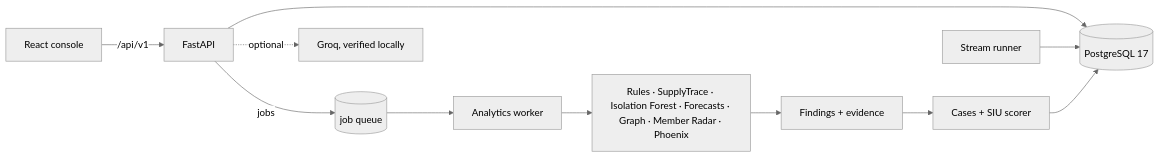
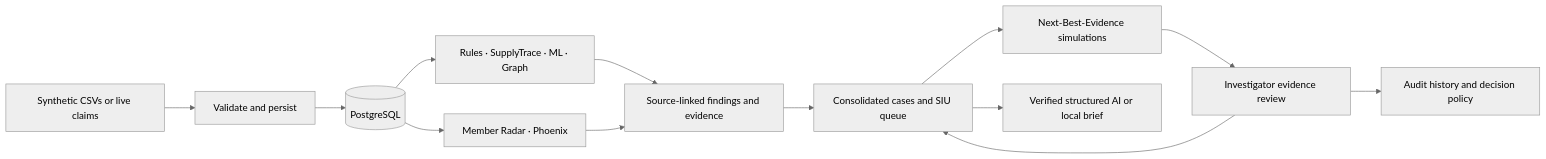
Before and after one commit to rayyandeys/ClaimShield-Nexus: the diagram in README.md, drawn with Mermaid (neutral theme). The commit also changed other lines of this file, not shown here.

````diff
--- a/README.md
+++ b/README.md
@@ -125,12 +298,15 @@
 ```mermaid
 flowchart LR
-  UI[React console] -- /api/v1 --> API[FastAPI]
-  API --> DB[(PostgreSQL 17)]
-  API -- jobs --> Q[(job queue)]
-  Q --> W[Analytics worker]
-  S[Stream runner] --> DB
-  W --> E[Rules · SupplyTrace · Isolation Forest · Forecasts · Graph · Member Radar · Phoenix]
-  E --> F[Findings + evidence] --> C[Cases + SIU scorer]
-  C --> DB
-  API -. optional .-> G[Groq, verified locally]
+    Input[Synthetic CSVs or live claims] --> Validate[Validate and persist]
+    Validate --> DB[(PostgreSQL)]
+    DB --> Engines[Rules · SupplyTrace · ML · Graph]
+    DB --> Extensions[Member Radar · Phoenix]
+    Engines --> Evidence[Source-linked findings and evidence]
+    Extensions --> Evidence
+    Evidence --> Cases[Consolidated cases and SIU queue]
+    Cases --> Next[Next-Best-Evidence simulations]
+    Next --> Human[Investigator evidence review]
+    Human --> Cases
+    Human --> Audit[Audit history and decision policy]
+    Cases --> Brief[Verified structured AI or local brief]
 ```
````
